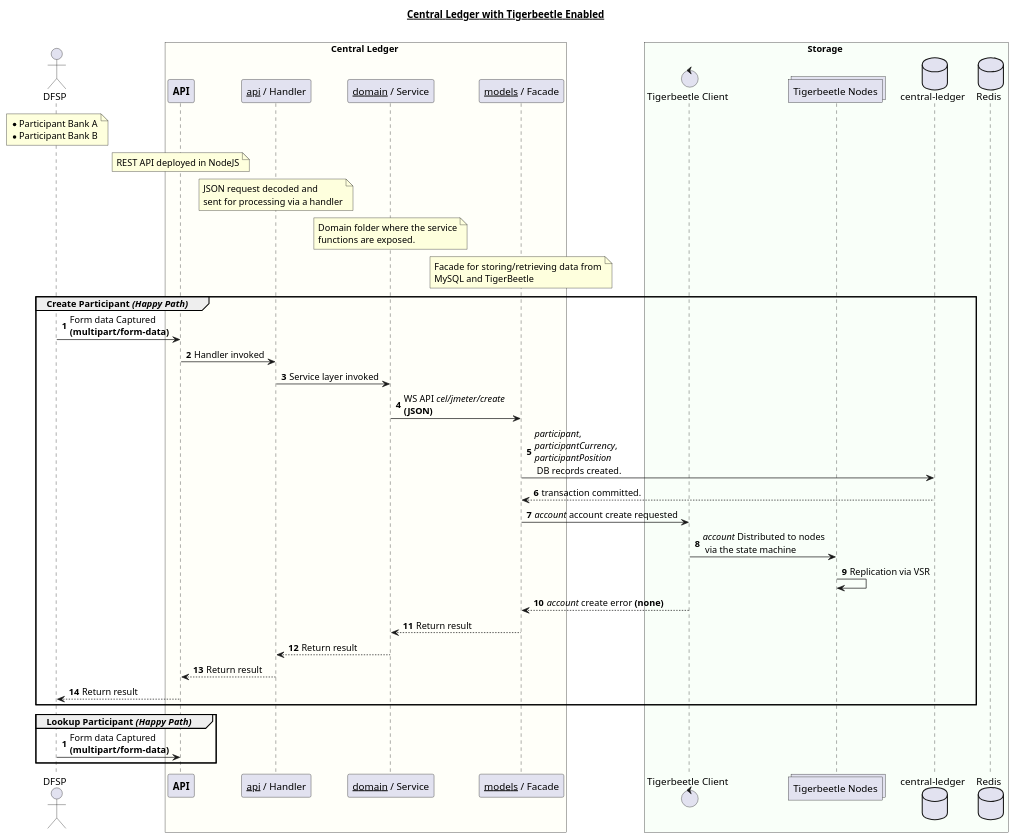
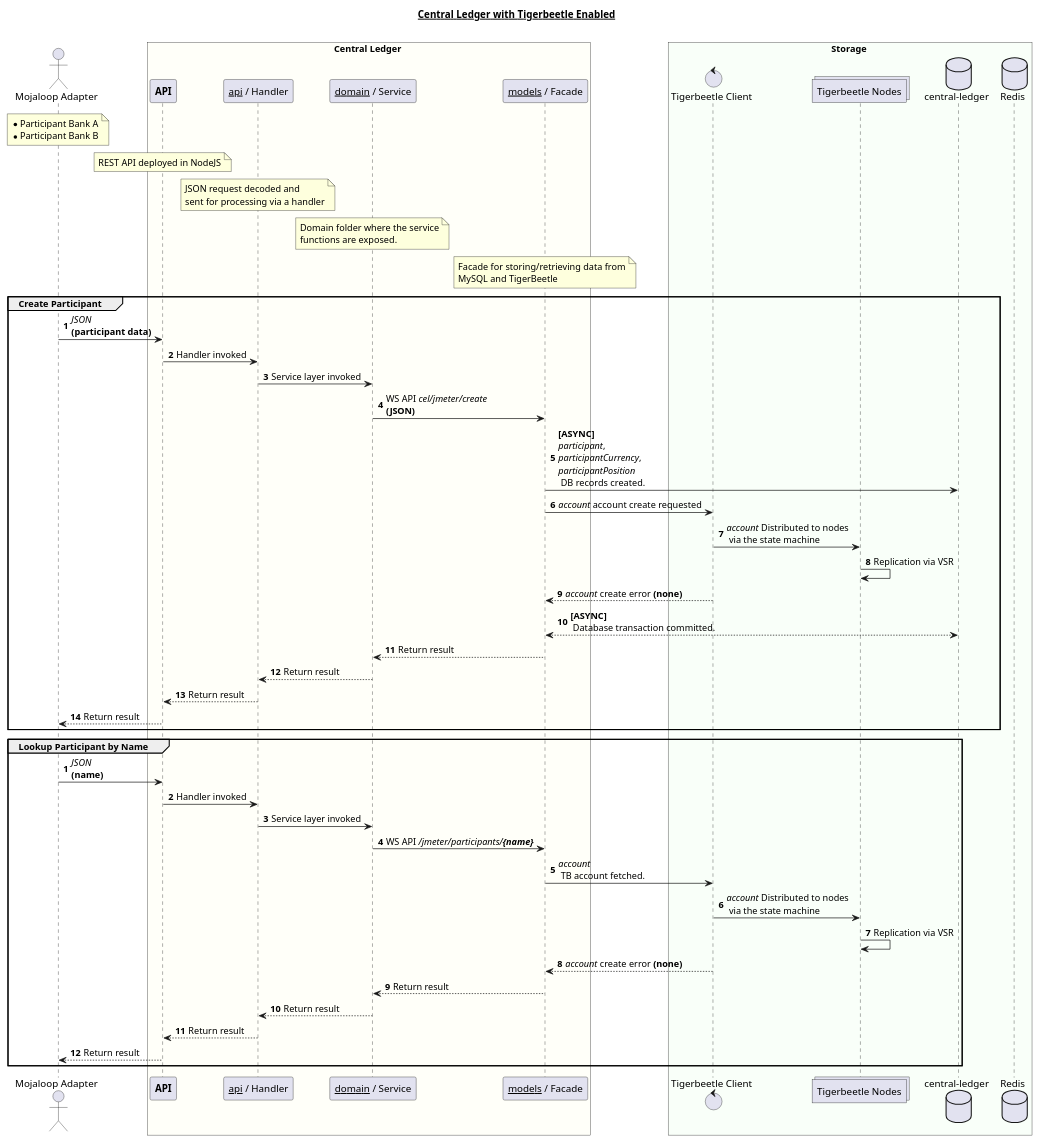
One commit to coilhq/mucoa changed the diagram in solution_design/sequence-participant-tb-enabled.puml. Above: the diagram before and after it, drawn with PlantUML. The commit also changed 5 other files, not shown here.

```diff
--- a/solution_design/sequence-participant-tb-enabled.puml
+++ b/solution_design/sequence-participant-tb-enabled.puml
@@ -1,66 +1,77 @@
 @startuml
 title "__**Central Ledger with Tigerbeetle Enabled**__\n"
 
-actor "DFSP" as dfsp
+actor "Mojaloop Adapter" as dfsp
 note over dfsp
     * Participant Bank A
     * Participant Bank B
 end note
 
 box Central Ledger #FFFFF9
     participant "**API**" as cl_api
     participant "__api__ / Handler" as cl_handler
     participant "__domain__ / Service" as cl_domain
     participant "__models__ / Facade" as cl_facade
 
     note over cl_api
         REST API deployed in NodeJS
     end note
 
     note over cl_handler
         JSON request decoded and
         sent for processing via a handler
     end note
 
     note over cl_domain
         Domain folder where the service
         functions are exposed.
     end note
 
     note over cl_facade
         Facade for storing/retrieving data from
         MySQL and TigerBeetle
     end note
 end box
 
 box Storage #F9FFF9
 	control "Tigerbeetle Client" as tb_client
 	collections "Tigerbeetle Nodes" as tb_nodes
 	database "central-ledger" as cl_db
 	database "Redis" as redis_cache
 end box
 
 autonumber
-group Create Participant //(Happy Path)//
-    dfsp -> cl_api : Form data Captured\n**(multipart/form-data)**
+group Create Participant
+    dfsp -> cl_api : //JSON// \n**(participant data)**
     cl_api -> cl_handler : Handler invoked
     cl_handler -> cl_domain : Service layer invoked
     cl_domain -> cl_facade : WS API //cel/jmeter/create//  \n**(JSON)**
-    cl_facade -> cl_db : //participant//, \n//participantCurrency//, \n//participantPosition// \n DB records created.
-    cl_db --> cl_facade : transaction committed.
+    cl_facade -> cl_db : **[ASYNC]**\n//participant//, \n//participantCurrency//, \n//participantPosition// \n DB records created.
     cl_facade -> tb_client : //account// account create requested
+    tb_client -> tb_nodes : //account// Distributed to nodes\n via the state machine
+    tb_nodes -> tb_nodes : Replication via VSR
+    tb_client --> cl_facade : //account// create error **(none)**
+    cl_db <--> cl_facade : **[ASYNC]**\n Database transaction committed.
+    cl_facade --> cl_domain : Return result
+    cl_domain --> cl_handler : Return result
+    cl_handler --> cl_api : Return result
+    cl_api --> dfsp : Return result
+end
+
+autonumber
+group Lookup Participant by Name
+    dfsp -> cl_api : //JSON// \n**(name)**
+    cl_api -> cl_handler : Handler invoked
+    cl_handler -> cl_domain : Service layer invoked
+    cl_domain -> cl_facade : WS API ///jmeter/participants/**{name}**//
+    cl_facade -> tb_client : //account//\n TB account fetched.
     tb_client -> tb_nodes : //account// Distributed to nodes\n via the state machine
     tb_nodes -> tb_nodes : Replication via VSR
     tb_client --> cl_facade : //account// create error **(none)**
     cl_facade --> cl_domain : Return result
     cl_domain --> cl_handler : Return result
     cl_handler --> cl_api : Return result
     cl_api --> dfsp : Return result
 end
 
-autonumber
-group Lookup Participant //(Happy Path)//
-    dfsp -> cl_api : Form data Captured\n**(multipart/form-data)**
-end
-
 @enduml
```
